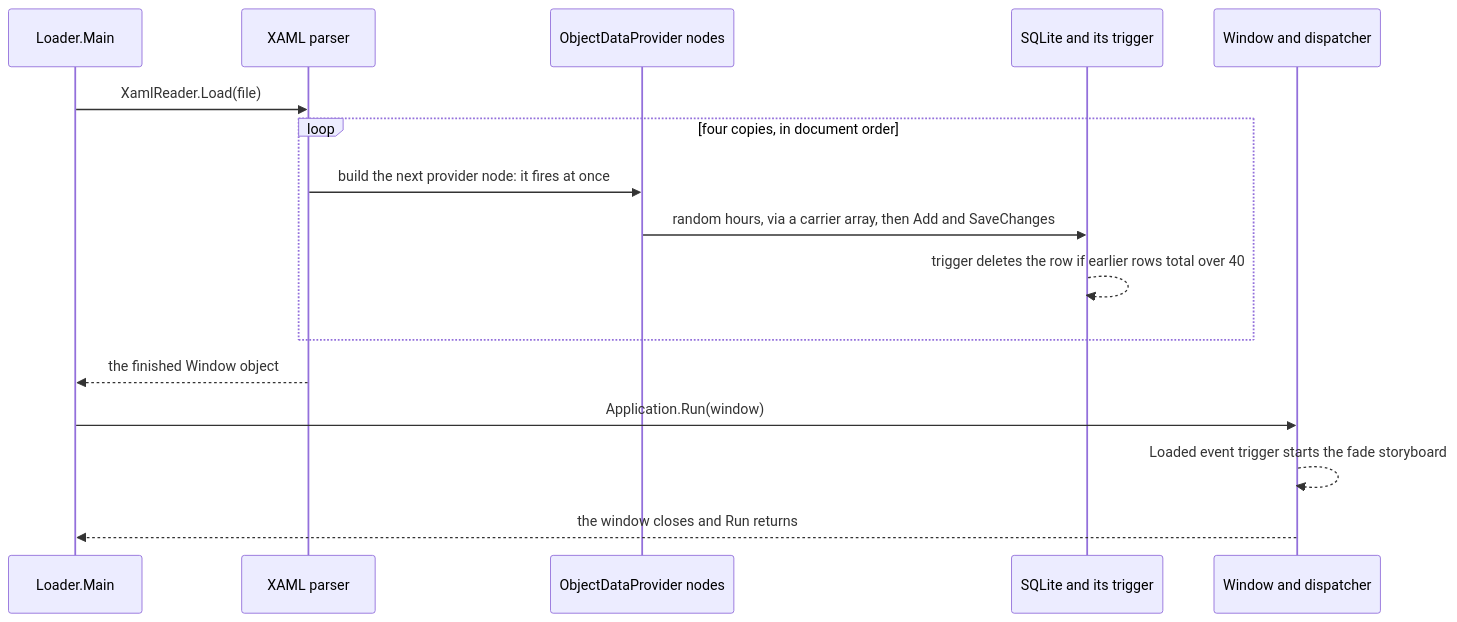
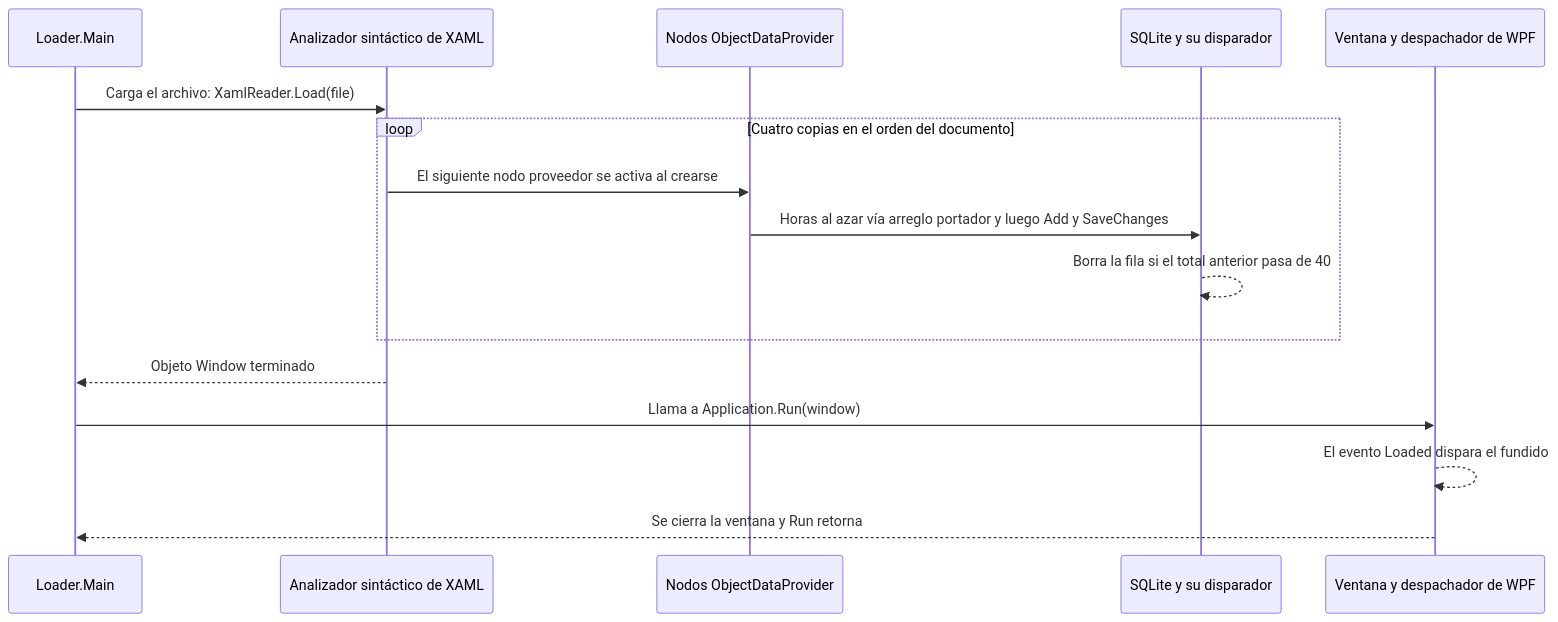
Before and after one commit to dullroar/aprende-a-programar-como-un-bicho-raro: the diagram in src/xaml/README.md, drawn with Mermaid. The commit also changed other lines of this file and 19 other files, not shown here.

````diff
--- a/src/xaml/README.md
+++ b/src/xaml/README.md
@@ -45,20 +45,20 @@
 ```mermaid
 sequenceDiagram
-    accTitle: xaml: parsing the file is running the program
-    accDescr: A sequence diagram of efcore.xaml. Loader.Main creates the data folder and calls XamlReader.Load. The XAML parser builds the nodes in document order, and each ObjectDataProvider fires as soon as it is built. Four unrolled passes each draw a random number into a carrier array, build a card from it, and insert it with EF Core. A SQL trigger deletes a row if the earlier rows already total more than 40. The parser returns the finished window. Application.Run then shows the window, a Loaded event trigger starts the fade storyboard, and the run ends when the window closes.
+    accTitle: xaml: el análisis sintáctico del archivo ejecuta el programa
+    accDescr: Diagrama de secuencia de efcore.xaml. Loader.Main crea la carpeta de datos y llama a XamlReader.Load. El analizador sintáctico de XAML crea los nodos en el orden del documento. Cada ObjectDataProvider se activa en cuanto se crea. En cada una de las cuatro pasadas desenrolladas, se sortea un número y se guarda en un arreglo portador. Con ese número se crea una tarjeta que EF Core inserta. Un disparador SQL borra la fila si el total de las filas anteriores pasa de 40. El analizador devuelve la ventana terminada. Application.Run muestra la ventana y un disparador del evento Loaded inicia la secuencia de animación del fundido. La ejecución termina cuando se cierra la ventana.
     participant L as Loader.Main
-    participant P as XAML parser
-    participant O as ObjectDataProvider nodes
-    participant D as SQLite and its trigger
-    participant W as Window and dispatcher
-    L->>P: XamlReader.Load(file)
-    loop four copies, in document order
-        P->>O: build the next provider node: it fires at once
-        O->>D: random hours, via a carrier array, then Add and SaveChanges
-        D-->>D: trigger deletes the row if earlier rows total over 40
+    participant P as Analizador sintáctico de XAML
+    participant O as Nodos ObjectDataProvider
+    participant D as SQLite y su disparador
+    participant W as Ventana y despachador de WPF
+    L->>P: Carga el archivo: XamlReader.Load(file)
+    loop Cuatro copias en el orden del documento
+        P->>O: El siguiente nodo proveedor se activa al crearse
+        O->>D: Horas al azar vía arreglo portador y luego Add y SaveChanges
+        D-->>D: Borra la fila si el total anterior pasa de 40
     end
-    P-->>L: the finished Window object
-    L->>W: Application.Run(window)
-    W-->>W: Loaded event trigger starts the fade storyboard
-    W-->>L: the window closes and Run returns
+    P-->>L: Objeto Window terminado
+    L->>W: Llama a Application.Run(window)
+    W-->>W: El evento Loaded dispara el fundido
+    W-->>L: Se cierra la ventana y Run retorna
 ```
````
